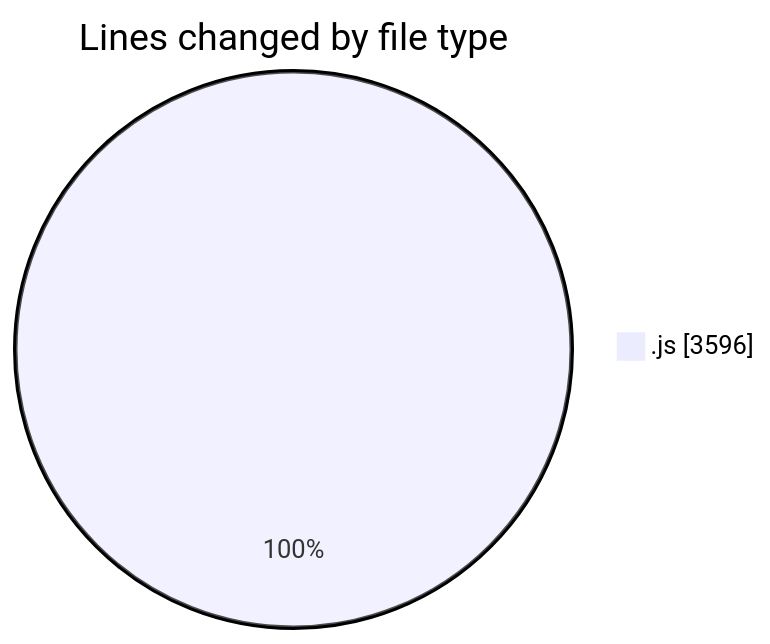
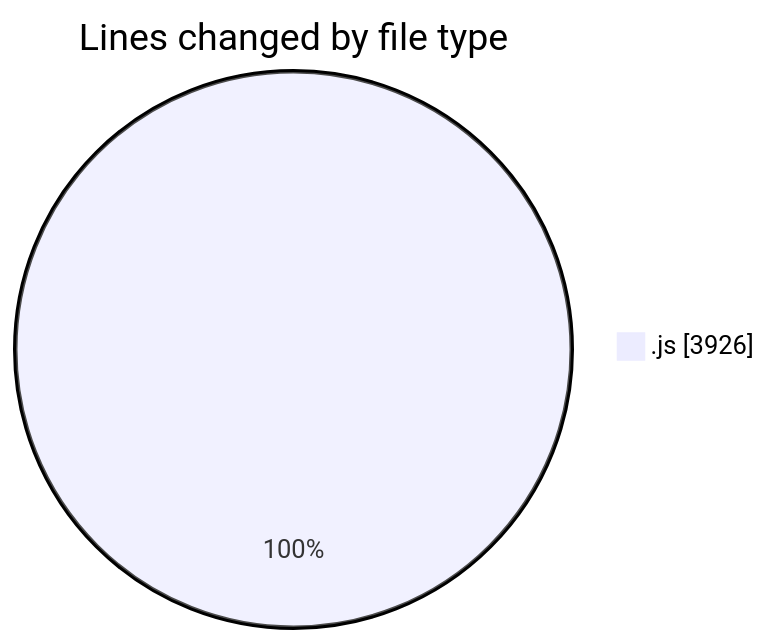
The first of 2 diagrams in 2025-09-02/nxtqube_webapp/README.md (nxtqubesakshisongat/code-tracking), drawn with Mermaid before and after one commit. The commit also changed other lines of this file and 1 other file, not shown here.

````diff
--- a/2025-09-02/nxtqube_webapp/README.md
+++ b/2025-09-02/nxtqube_webapp/README.md
@@ -20,5 +20,5 @@
 ```mermaid
 pie showData
 title Lines changed by file type
-".js" : 3596
+".js" : 3926
 ```
````
